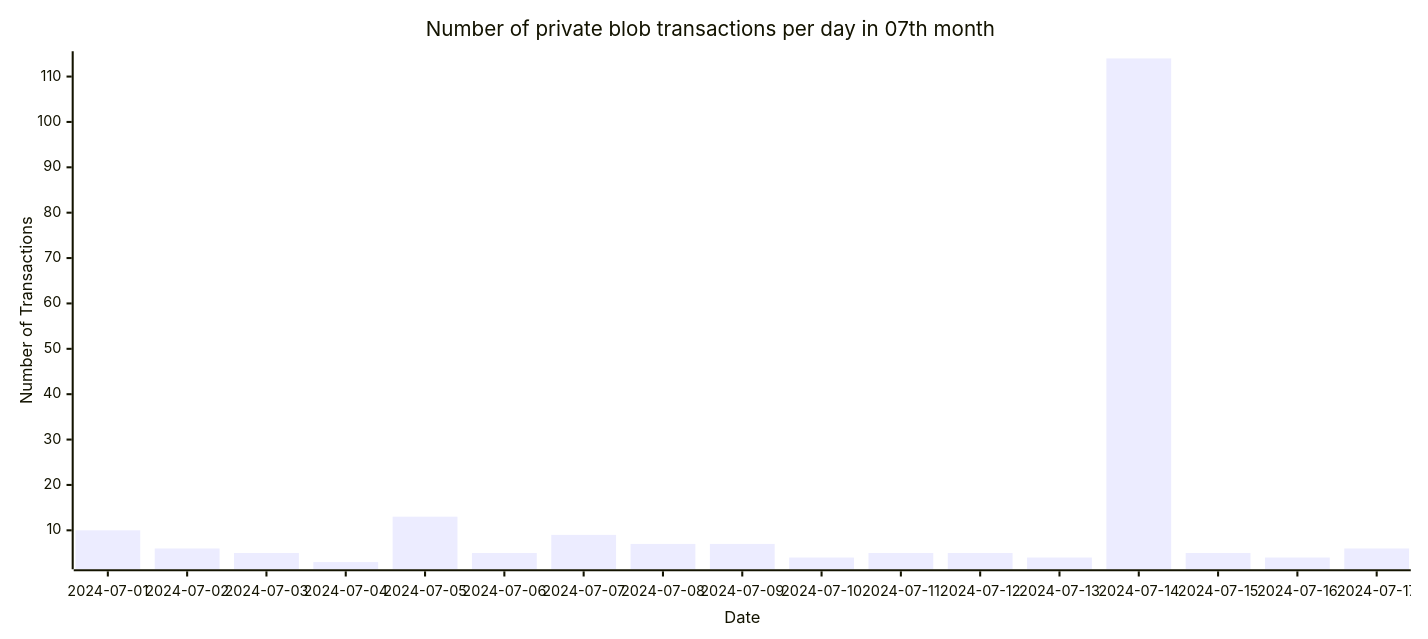
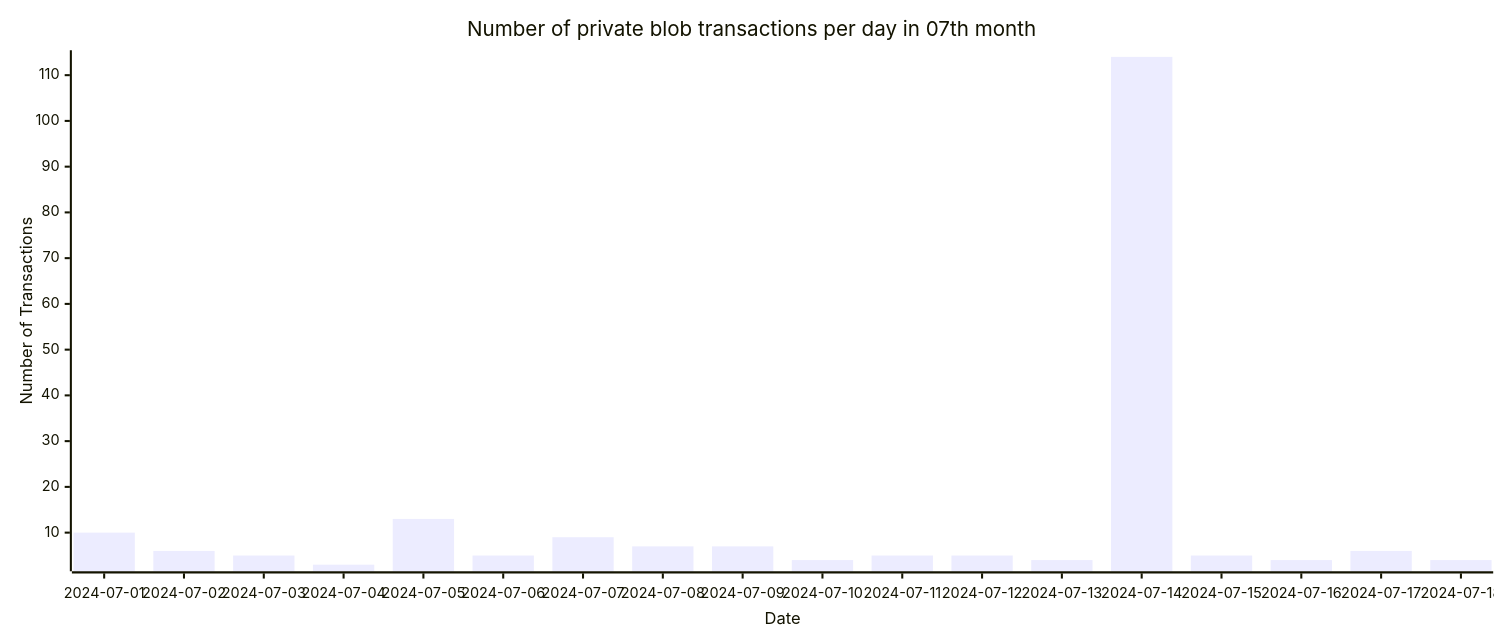
One commit to Amit0617/eip4844-data changed the fifth of 5 diagrams in README.md. Above: the diagram before and after it, drawn with Mermaid. The commit also changed 1 other file, not shown here.

````diff
--- a/README.md
+++ b/README.md
@@ -53,12 +53,12 @@
 ```mermaid
 ---
 config:
     xyChart:
-        width: 1360
+        width: 1440
         height: 600
 ---
 xychart-beta title "Number of private blob transactions per day in 07th month"
-x-axis "Date" [2024-07-01,2024-07-02,2024-07-03,2024-07-04,2024-07-05,2024-07-06,2024-07-07,2024-07-08,2024-07-09,2024-07-10,2024-07-11,2024-07-12,2024-07-13,2024-07-14,2024-07-15,2024-07-16,2024-07-17]
+x-axis "Date" [2024-07-01,2024-07-02,2024-07-03,2024-07-04,2024-07-05,2024-07-06,2024-07-07,2024-07-08,2024-07-09,2024-07-10,2024-07-11,2024-07-12,2024-07-13,2024-07-14,2024-07-15,2024-07-16,2024-07-17,2024-07-18]
 y-axis "Number of Transactions"
-bar[10,6,5,3,13,5,9,7,7,4,5,5,4,114,5,4,6]
+bar[10,6,5,3,13,5,9,7,7,4,5,5,4,114,5,4,6,4]
 ```
````
